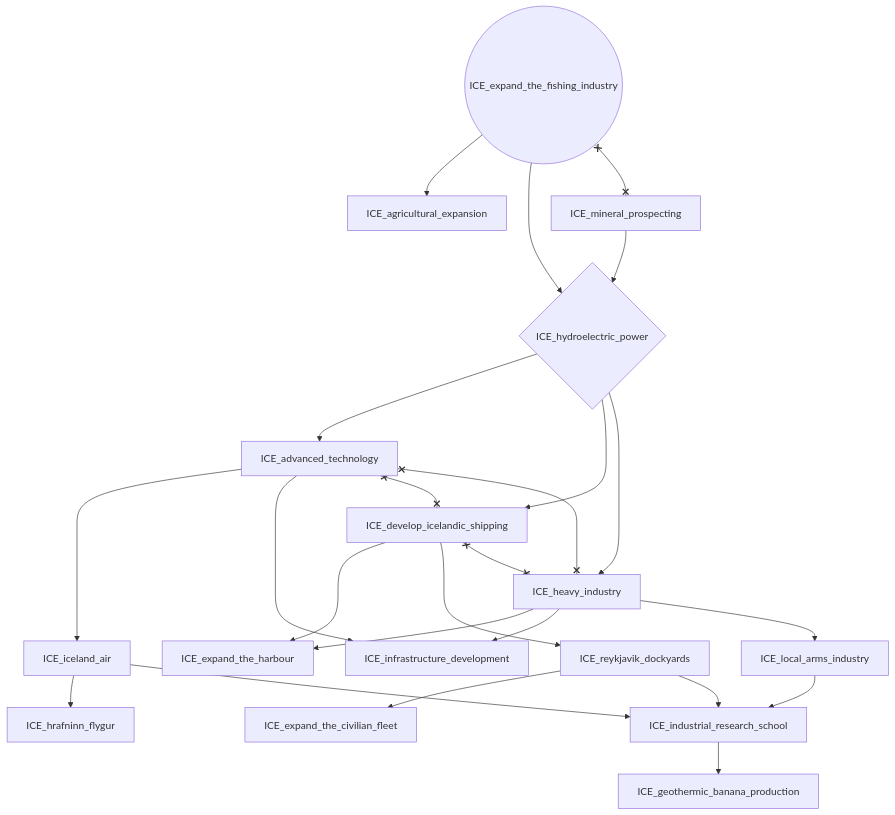
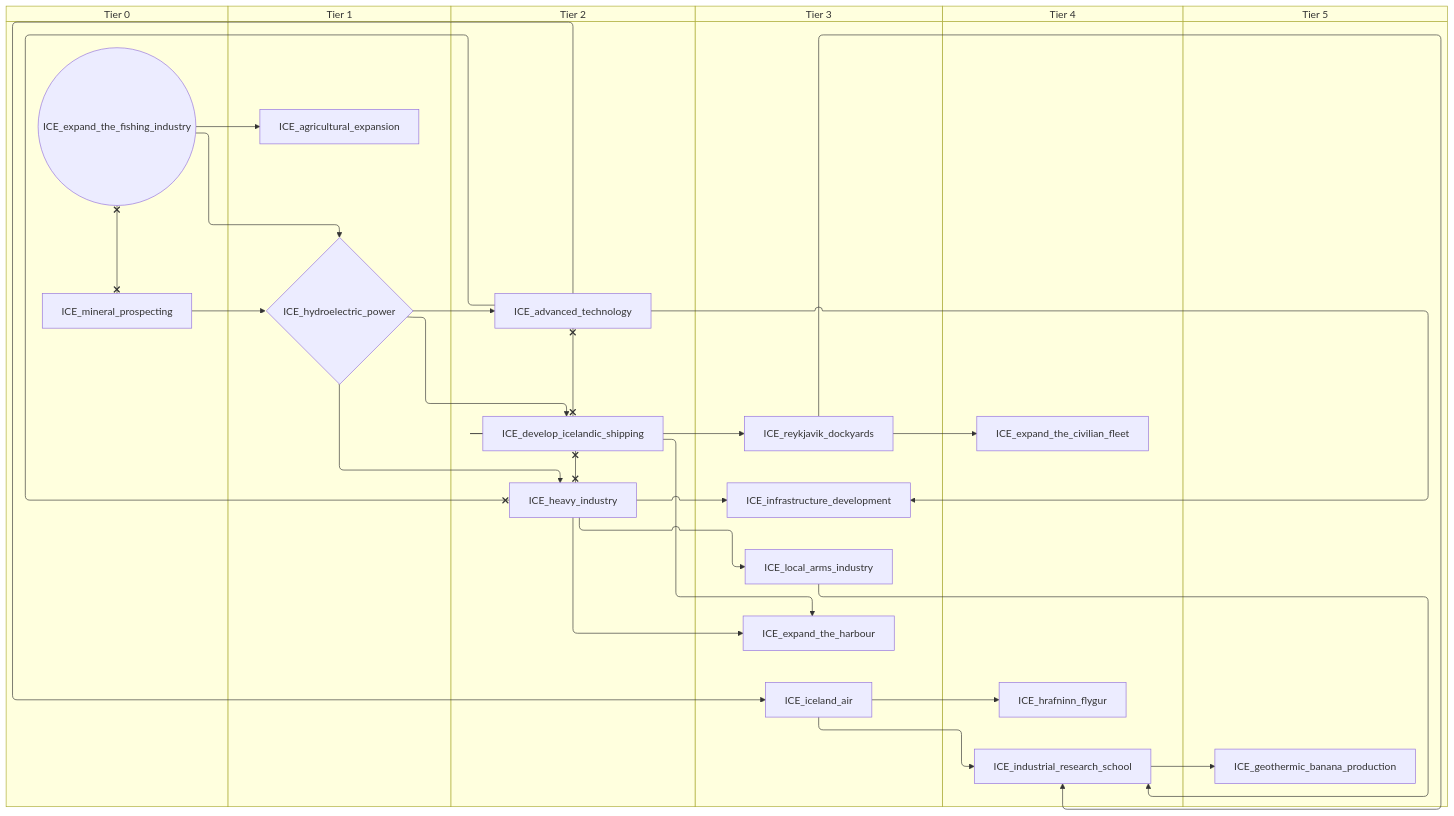
The first of 6 diagrams in docs/gdd/National Focuses/iceland.md (evgeny-sobol/hoi4-sandbox-mode-r56), drawn with Mermaid before and after one commit. The commit also changed other lines of this file and 423 other files, not shown here.

First line of the commit message:
Re-export Rt56 focus trees as swimlane diagrams

````diff
--- a/docs/gdd/National Focuses/iceland.md
+++ b/docs/gdd/National Focuses/iceland.md
@@ -3,42 +3,54 @@
 ```mermaid
-flowchart TD
-    n1["ICE_advanced_technology"]
-    n2["ICE_agricultural_expansion"]
-    n3["ICE_develop_icelandic_shipping"]
-    n4["ICE_expand_the_civilian_fleet"]
-    n5(("ICE_expand_the_fishing_industry"))
-    n6["ICE_expand_the_harbour"]
-    n7["ICE_geothermic_banana_production"]
-    n8["ICE_heavy_industry"]
-    n9["ICE_hrafninn_flygur"]
-    n10{"ICE_hydroelectric_power"}
-    n11["ICE_iceland_air"]
-    n12["ICE_industrial_research_school"]
-    n13["ICE_infrastructure_development"]
-    n14["ICE_local_arms_industry"]
-    n15["ICE_mineral_prospecting"]
-    n16["ICE_reykjavik_dockyards"]
-    n10 --> n1
-    n5 --> n2
-    n10 --> n3
-    n16 --> n4
-    n3 --> n6
-    n8 --> n6
-    n12 --> n7
-    n10 --> n8
-    n11 --> n9
+swimlane-beta TD
+    subgraph tier_0["Tier 0"]
+        n1(("ICE_expand_the_fishing_industry"))
+        n2["ICE_mineral_prospecting"]
+    end
+    subgraph tier_1["Tier 1"]
+        n3["ICE_agricultural_expansion"]
+        n4{"ICE_hydroelectric_power"}
+    end
+    subgraph tier_2["Tier 2"]
+        n5["ICE_advanced_technology"]
+        n6["ICE_develop_icelandic_shipping"]
+        n7["ICE_heavy_industry"]
+    end
+    subgraph tier_3["Tier 3"]
+        n8["ICE_expand_the_harbour"]
+        n9["ICE_iceland_air"]
+        n10["ICE_infrastructure_development"]
+        n11["ICE_local_arms_industry"]
+        n12["ICE_reykjavik_dockyards"]
+    end
+    subgraph tier_4["Tier 4"]
+        n13["ICE_expand_the_civilian_fleet"]
+        n14["ICE_hrafninn_flygur"]
+        n15["ICE_industrial_research_school"]
+    end
+    subgraph tier_5["Tier 5"]
+        n16["ICE_geothermic_banana_production"]
+    end
+    n4 --> n5
+    n1 --> n3
+    n4 --> n6
+    n12 --> n13
+    n6 --> n8
+    n7 --> n8
+    n15 --> n16
+    n4 --> n7
+    n9 --> n14
+    n1 --> n4
+    n2 --> n4
+    n5 --> n9
+    n11 --> n15
+    n12 --> n15
+    n9 --> n15
+    n7 --> n10
     n5 --> n10
-    n15 --> n10
-    n1 --> n11
-    n14 --> n12
-    n16 --> n12
-    n11 --> n12
-    n8 --> n13
-    n1 --> n13
-    n8 --> n14
-    n3 --> n16
-    n1 x--x n3
-    n1 x--x n8
-    n3 x--x n8
-    n5 x--x n15
+    n7 --> n11
+    n6 --> n12
+    n5 x--x n6
+    n5 x--x n7
+    n6 x--x n7
+    n1 x--x n2
 ```
````
